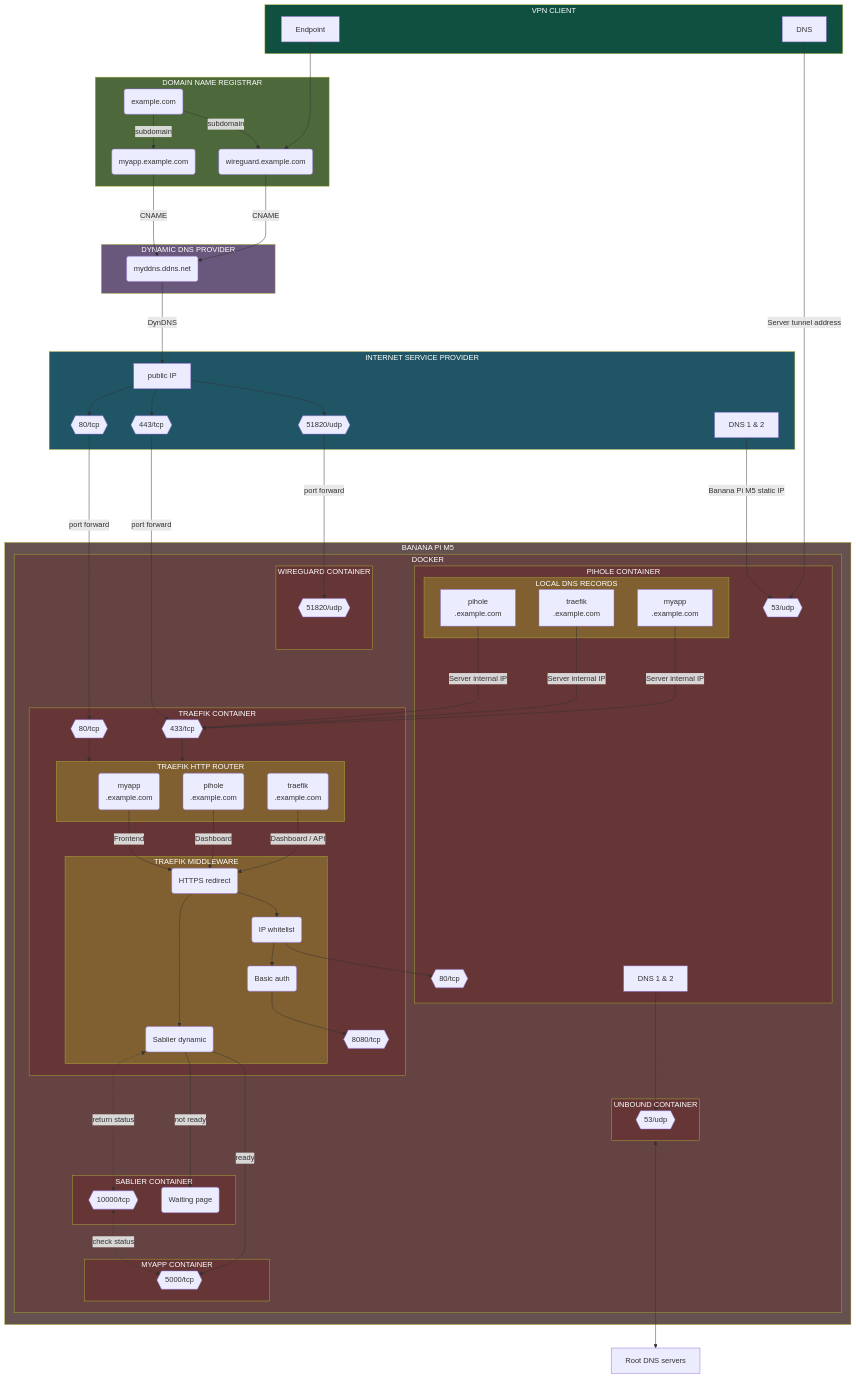
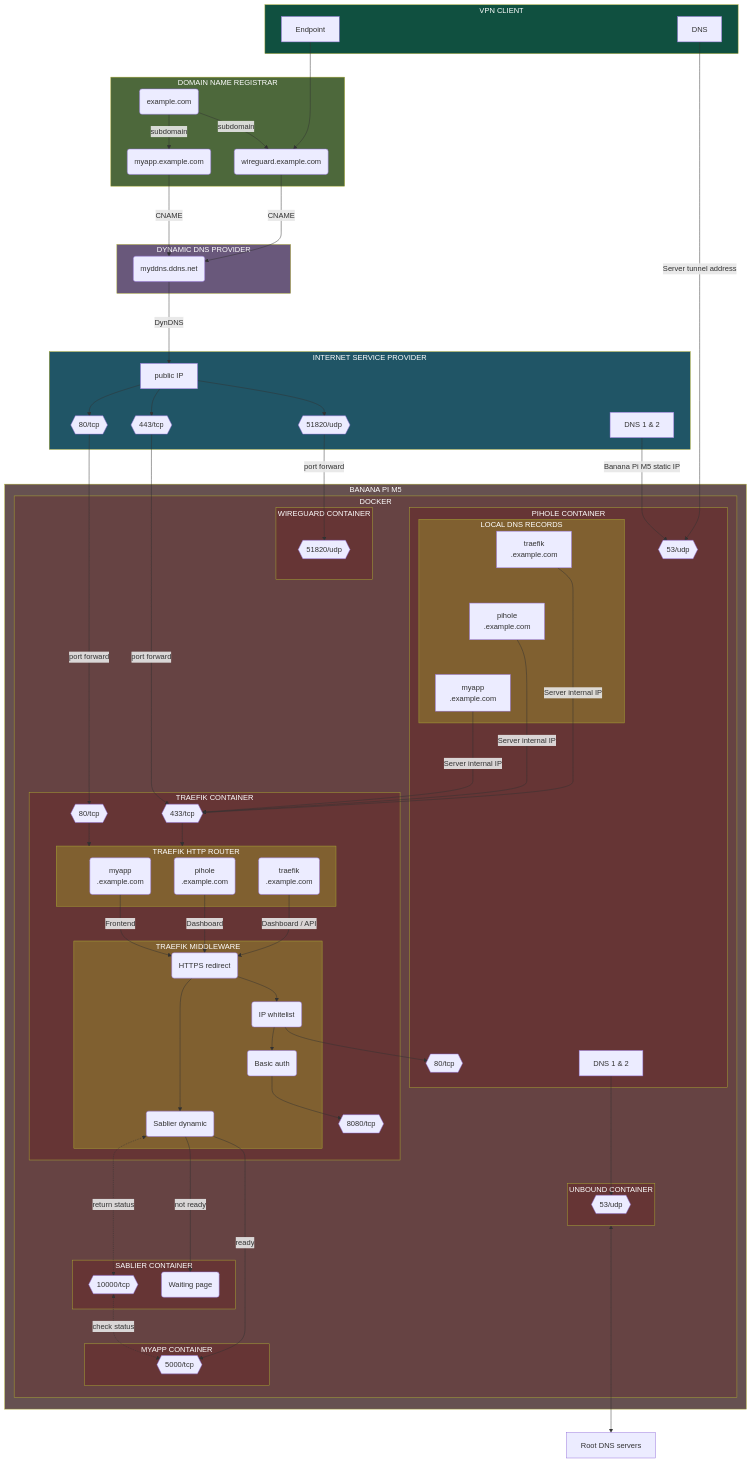
Before and after one commit to Yann39/self-hosted: the first of 20 diagrams in README.md, drawn with Mermaid. The commit also changed other lines of this file, not shown here.

```diff
--- a/README.md
+++ b/README.md
@@ -289,8 +293,8 @@
 
             subgraph PIHOLE_CONTAINER[PIHOLE CONTAINER]
                 subgraph PIHOLE_DNS_RECORDS[LOCAL DNS RECORDS]
-                    PIHOLE_DNS_TRAEFIK
-                    PIHOLE_DNS_PIHOLE
+                    PIHOLE_DNS_TRAEFIK ~~~
+                    PIHOLE_DNS_PIHOLE ~~~
                     PIHOLE_DNS_MYAPP
                 end
                 DOCKER_PIHOLE_PORT53
```
